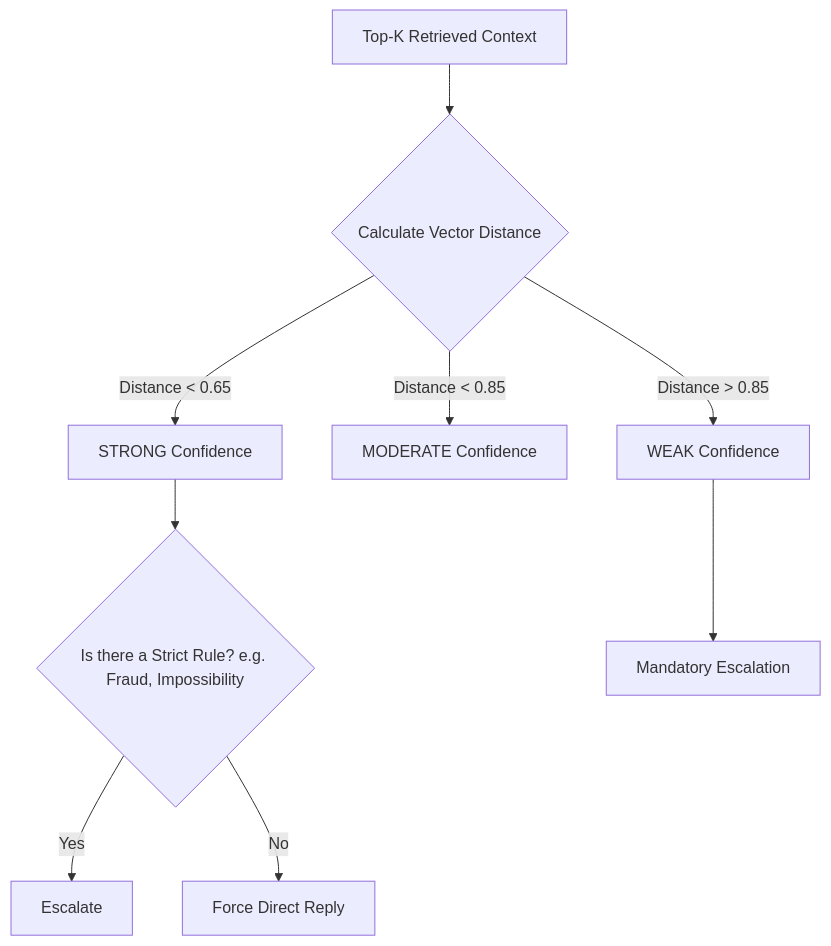
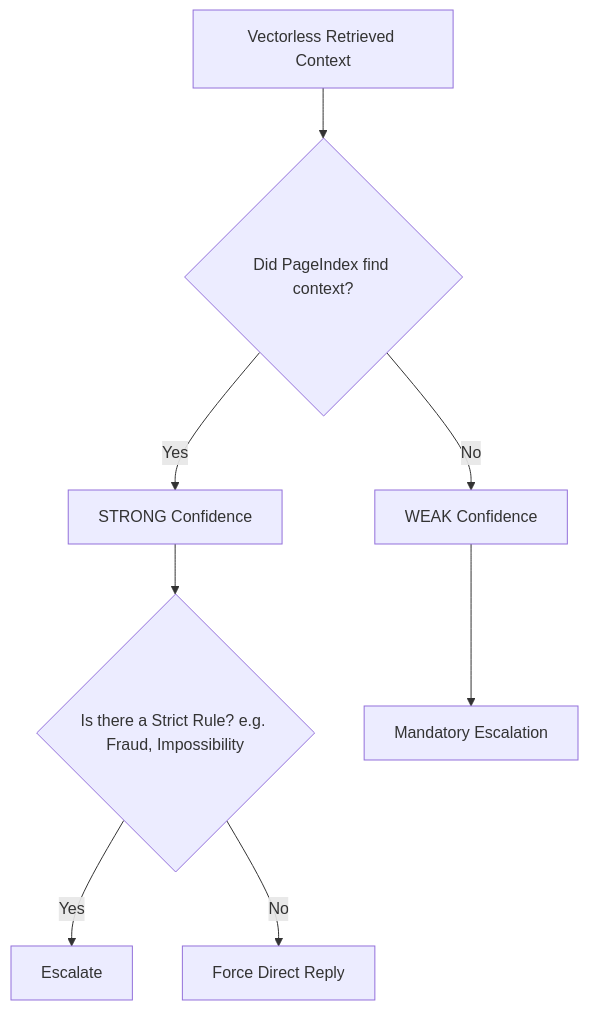
One commit to Abhi0049k/Orchestrate changed the third of 3 diagrams in code/README.md. Above: the diagram before and after it, drawn with Mermaid. The commit also changed other lines of this file and 12 other files, not shown here.

Commit message:
feat: migrate to vectorless RAG using PageIndex

````diff
--- a/code/README.md
+++ b/code/README.md
@@ -81,13 +77,12 @@
 ```mermaid
 graph TD
-    A[Top-K Retrieved Context] --> B{Calculate Vector Distance}
-    B -- Distance < 0.65 --> C[STRONG Confidence]
-    B -- Distance < 0.85 --> D[MODERATE Confidence]
-    B -- Distance > 0.85 --> E[WEAK Confidence]
+    A[Vectorless Retrieved Context] --> B{Did PageIndex find context?}
+    B -- Yes --> C[STRONG Confidence]
+    B -- No --> E[WEAK Confidence]
     
     C --> F{Is there a Strict Rule? e.g. Fraud, Impossibility}
     F -- Yes --> G[Escalate]
     F -- No --> H[Force Direct Reply]
     
     E --> I[Mandatory Escalation]
 ```
````
